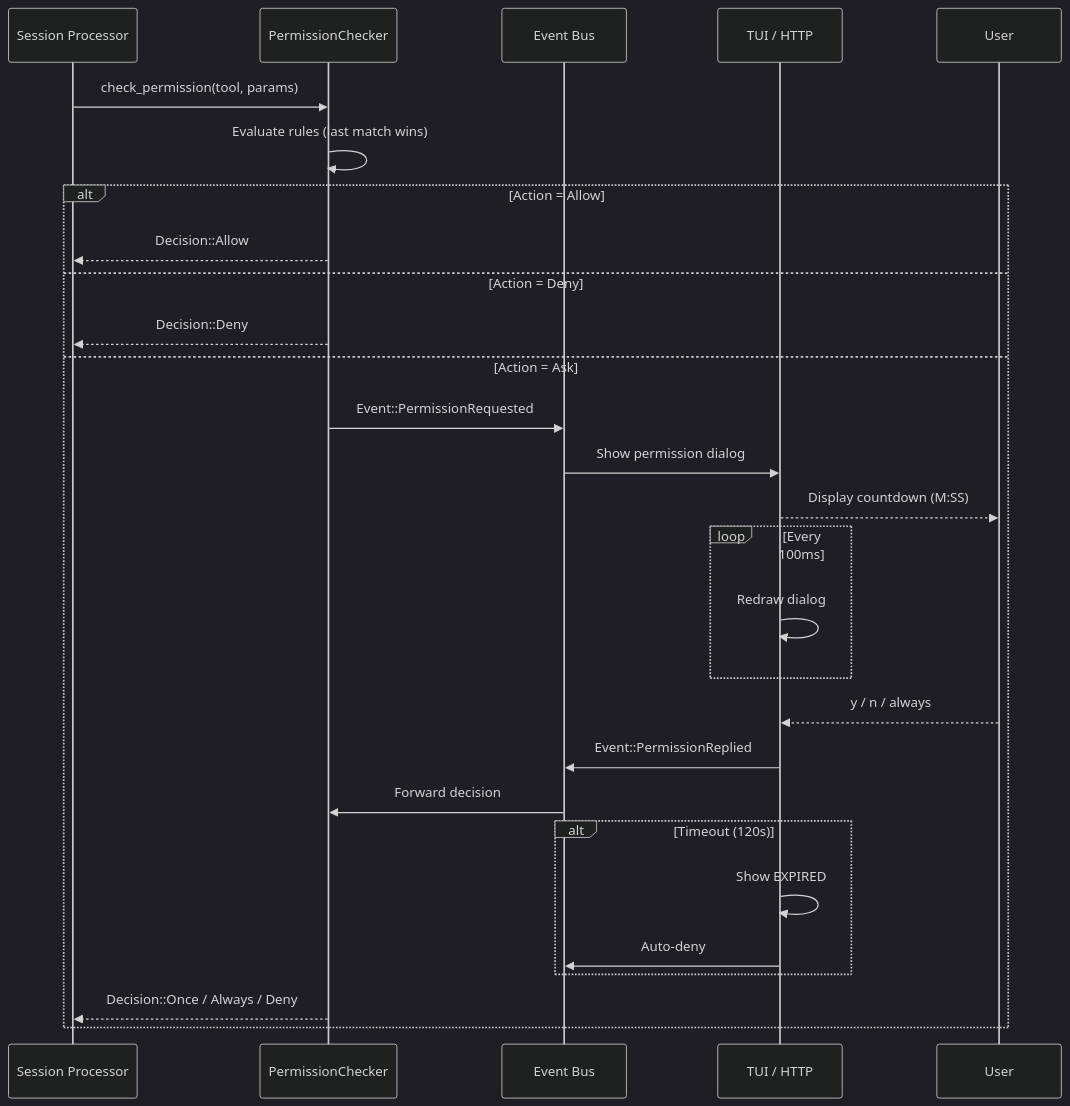
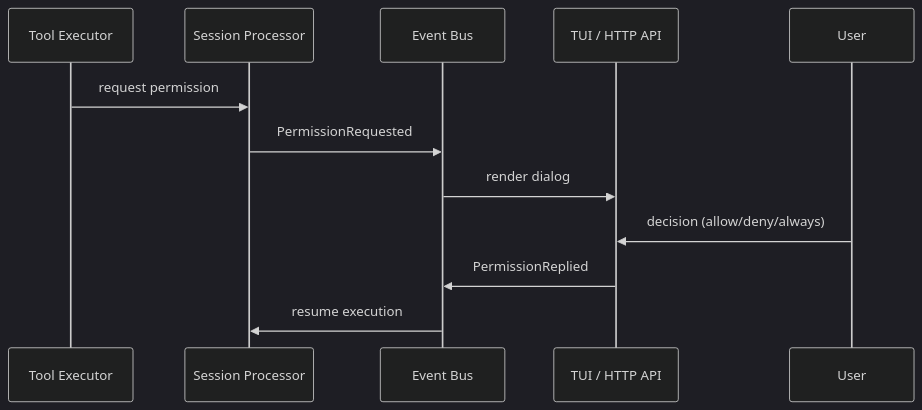
One commit to thawkins/ragent changed the tenth of 16 diagrams in SPEC.md. Above: the diagram before and after it, drawn with Mermaid (dark theme). The commit also changed other lines of this file and 91 other files, not shown here.

````diff
--- a/SPEC.md
+++ b/SPEC.md
@@ -1043,31 +763,14 @@
 ```mermaid
 sequenceDiagram
+    participant Tool as Tool Executor
     participant SP as Session Processor
-    participant PC as PermissionChecker
-    participant EB as Event Bus
-    participant TUI as TUI / HTTP
+    participant Bus as Event Bus
+    participant UI as TUI / HTTP API
     participant User as User
-
-    SP->>PC: check_permission(tool, params)
-    PC->>PC: Evaluate rules (last match wins)
-    alt Action = Allow
-        PC-->>SP: Decision::Allow
-    else Action = Deny
-        PC-->>SP: Decision::Deny
-    else Action = Ask
-        PC->>EB: Event::PermissionRequested
-        EB->>TUI: Show permission dialog
-        TUI-->>User: Display countdown (M:SS)
-        loop Every 100ms
-            TUI->>TUI: Redraw dialog
-        end
-        User-->>TUI: y / n / always
-        TUI->>EB: Event::PermissionReplied
-        EB->>PC: Forward decision
-        alt Timeout (120s)
-            TUI->>TUI: Show EXPIRED
-            TUI->>EB: Auto-deny
-        end
-        PC-->>SP: Decision::Once / Always / Deny
-    end
+    Tool->>SP: request permission
+    SP->>Bus: PermissionRequested
+    Bus->>UI: render dialog
+    User->>UI: decision (allow/deny/always)
+    UI->>Bus: PermissionReplied
+    Bus->>SP: resume execution
 ```
````
